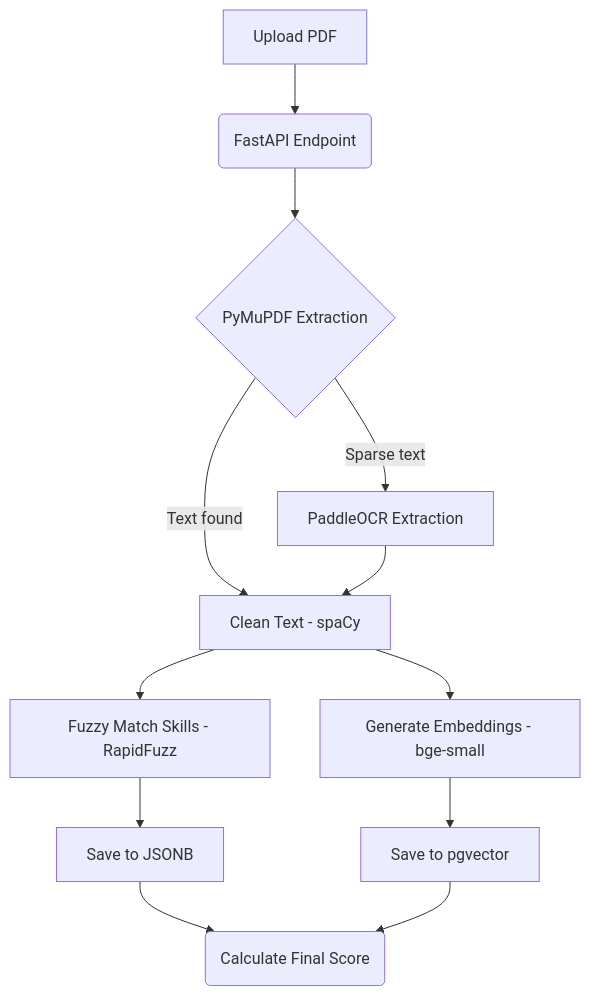
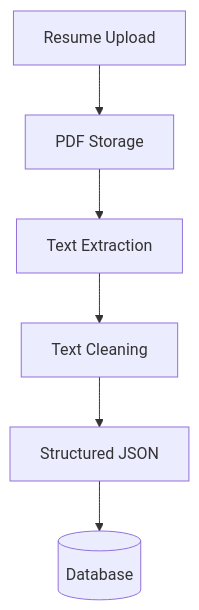
One commit to vanshbahl/resume-screener changed the third of 4 diagrams in docs/04_APP_FLOW.md. Above: the diagram before and after it, drawn with Mermaid. The commit also changed other lines of this file and 2 other files, not shown here.

````diff
--- a/docs/04_APP_FLOW.md
+++ b/docs/04_APP_FLOW.md
@@ -58,17 +48,8 @@
 ```mermaid
 flowchart TD
-    A[Upload PDF] --> B(FastAPI Endpoint)
-    B --> C{PyMuPDF Extraction}
-    C -->|Text found| D[Clean Text - spaCy]
-    C -->|Sparse text| E[PaddleOCR Extraction]
-    E --> D
-    
-    D --> F[Fuzzy Match Skills - RapidFuzz]
-    D --> G[Generate Embeddings - bge-small]
-    
-    F --> H[Save to JSONB]
-    G --> I[Save to pgvector]
-    
-    H --> J(Calculate Final Score)
-    I --> J
+    A[Resume Upload] --> B[PDF Storage]
+    B --> C[Text Extraction]
+    C --> D[Text Cleaning]
+    D --> E[Structured JSON]
+    E --> F[(Database)]
 ```
````
